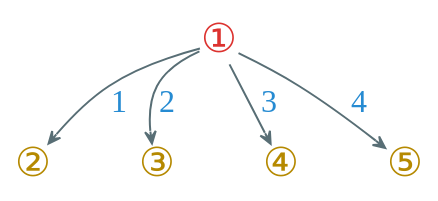
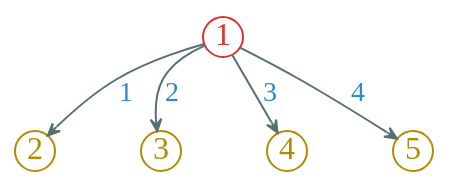
The diagram in dot/four-queen-bb-solve1.dot (Avanti1980/course-alg), drawn with Graphviz before and after one commit. The commit also changed 20 other files, not shown here.

```diff
--- a/dot/four-queen-bb-solve1.dot
+++ b/dot/four-queen-bb-solve1.dot
@@ -1,16 +1,16 @@
 digraph g {
     bgcolor=transparent
     rankdir=TB
     graph [nodesep=0.6, ranksep=0.3]
-    node [shape=plain, color="#586e75", fontcolor="#dc322f", fontsize=20, fontname="LXGWWenKai"]
-    edge [arrowhead=vee, color="#586e75", fontcolor="#268bd2", fontsize=16, fontname="LXGWWenKai" arrowsize=0.6]
+    node [shape=circle, fixedsize=true, width=0.28, color="#dc322f", fontcolor="#dc322f", fontsize=16, fontname="LXGWWenKai"]
+    edge [arrowhead=vee, color="#586e75", fontcolor="#268bd2", fontsize=14, fontname="LXGWWenKai" arrowsize=0.6]
 
-    ①
+    1
 
-    node [fontcolor="#b58900"]
+    node [color="#b58900", fontcolor="#b58900"]
 
-    ① -> ② [label="1"]
-    ① -> ③ [label="2"]
-    ① -> ④ [label="3"]
-    ① -> ⑤ [label="4"]
+    1 -> 2 [label="1"]
+    1 -> 3 [label="2"]
+    1 -> 4 [label="3"]
+    1 -> 5 [label="4"]
 }
```
